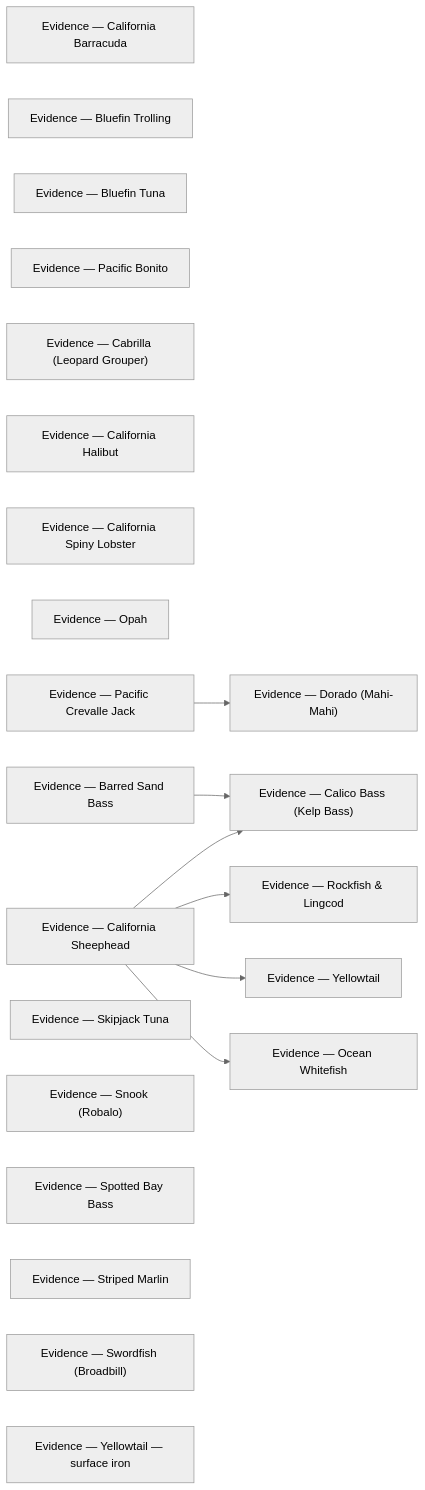
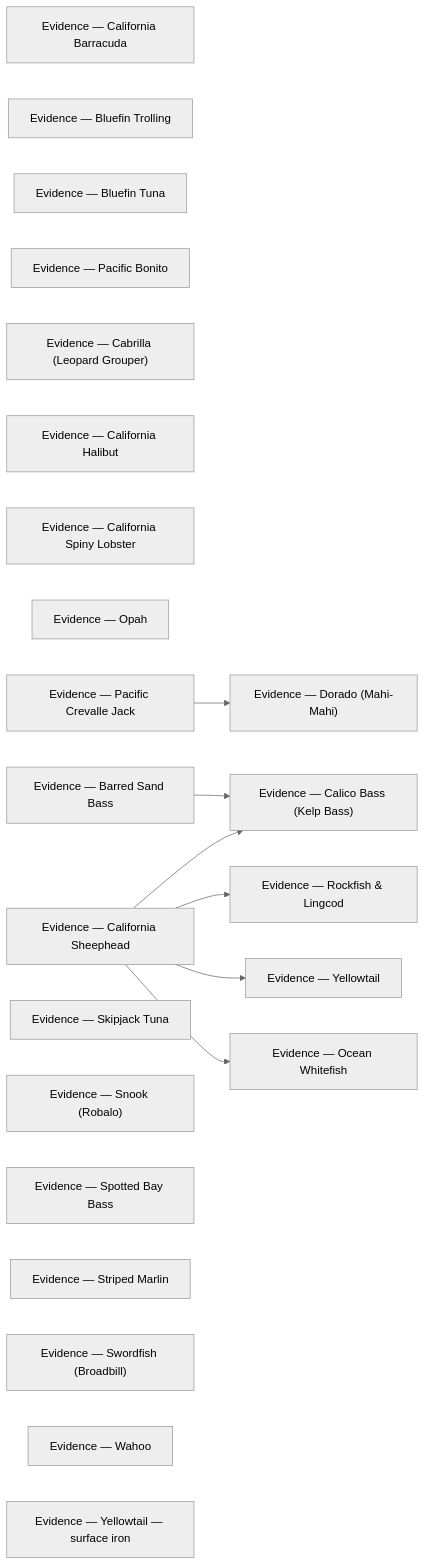
Before and after one commit to camchuckpete-max/Socal-Fishing-Knowledge: the diagram in species/evidence/README.md, drawn with Mermaid (neutral theme). The commit also changed other lines of this file and 19 other files, not shown here.

````diff
--- a/species/evidence/README.md
+++ b/species/evidence/README.md
@@ -35,31 +36,32 @@
 ```mermaid
 graph LR
   n0["Evidence — California Barracuda"]
   n1["Evidence — Bluefin Trolling"]
   n2["Evidence — Bluefin Tuna"]
   n3["Evidence — Pacific Bonito"]
   n4["Evidence — Cabrilla (Leopard Grouper)"]
   n5["Evidence — Calico Bass (Kelp Bass)"]
   n6["Evidence — California Halibut"]
   n7["Evidence — California Spiny Lobster"]
   n8["Evidence — Dorado (Mahi-Mahi)"]
   n9["Evidence — Ocean Whitefish"]
   n10["Evidence — Opah"]
   n11["Evidence — Pacific Crevalle Jack"]
   n12["Evidence — Rockfish & Lingcod"]
   n13["Evidence — Barred Sand Bass"]
   n14["Evidence — California Sheephead"]
   n15["Evidence — Skipjack Tuna"]
   n16["Evidence — Snook (Robalo)"]
   n17["Evidence — Spotted Bay Bass"]
   n18["Evidence — Striped Marlin"]
   n19["Evidence — Swordfish (Broadbill)"]
-  n20["Evidence — Yellowtail — surface iron"]
-  n21["Evidence — Yellowtail"]
+  n20["Evidence — Wahoo"]
+  n21["Evidence — Yellowtail — surface iron"]
+  n22["Evidence — Yellowtail"]
   n11 --> n8
   n13 --> n5
   n14 --> n12
-  n14 --> n21
+  n14 --> n22
   n14 --> n5
   n14 --> n9
 ```
````
